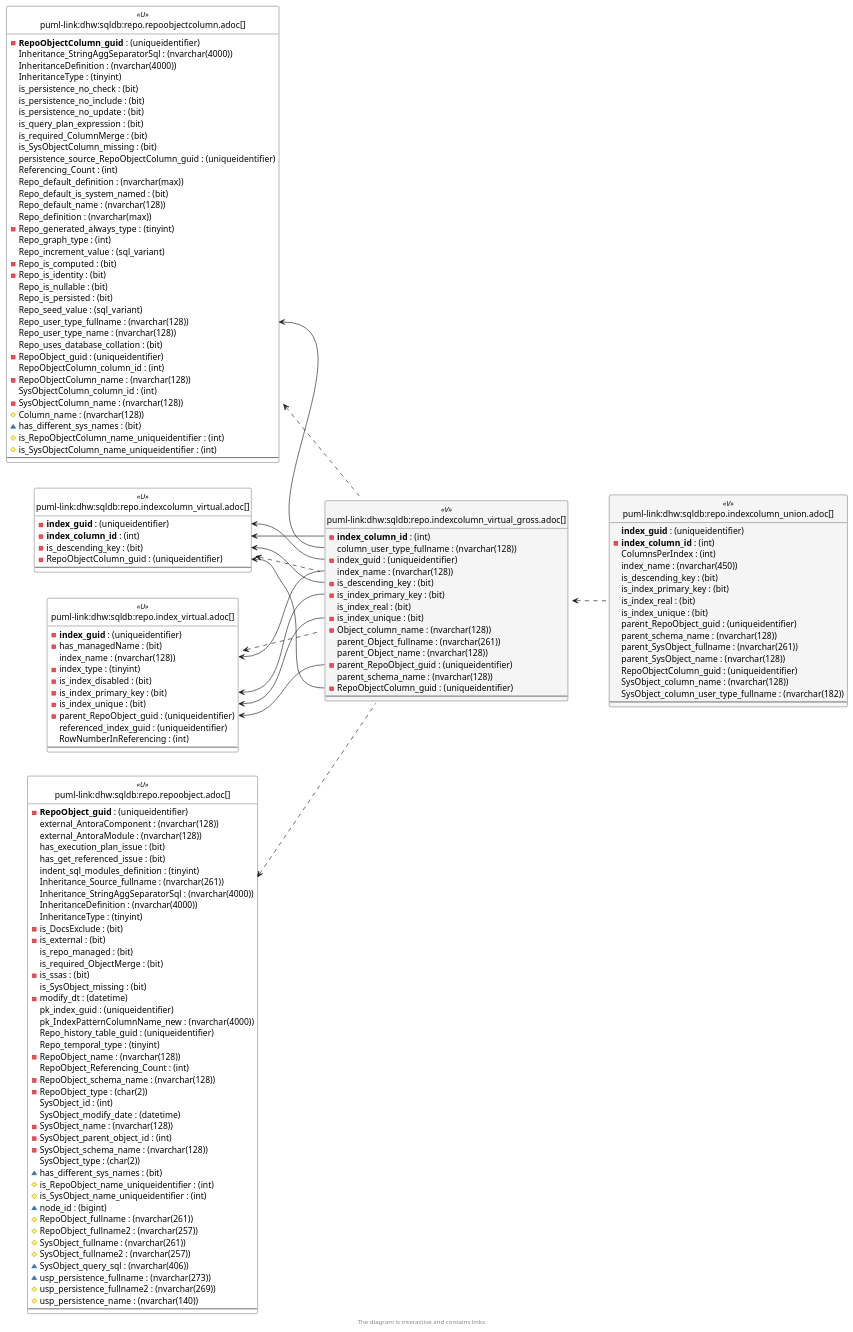
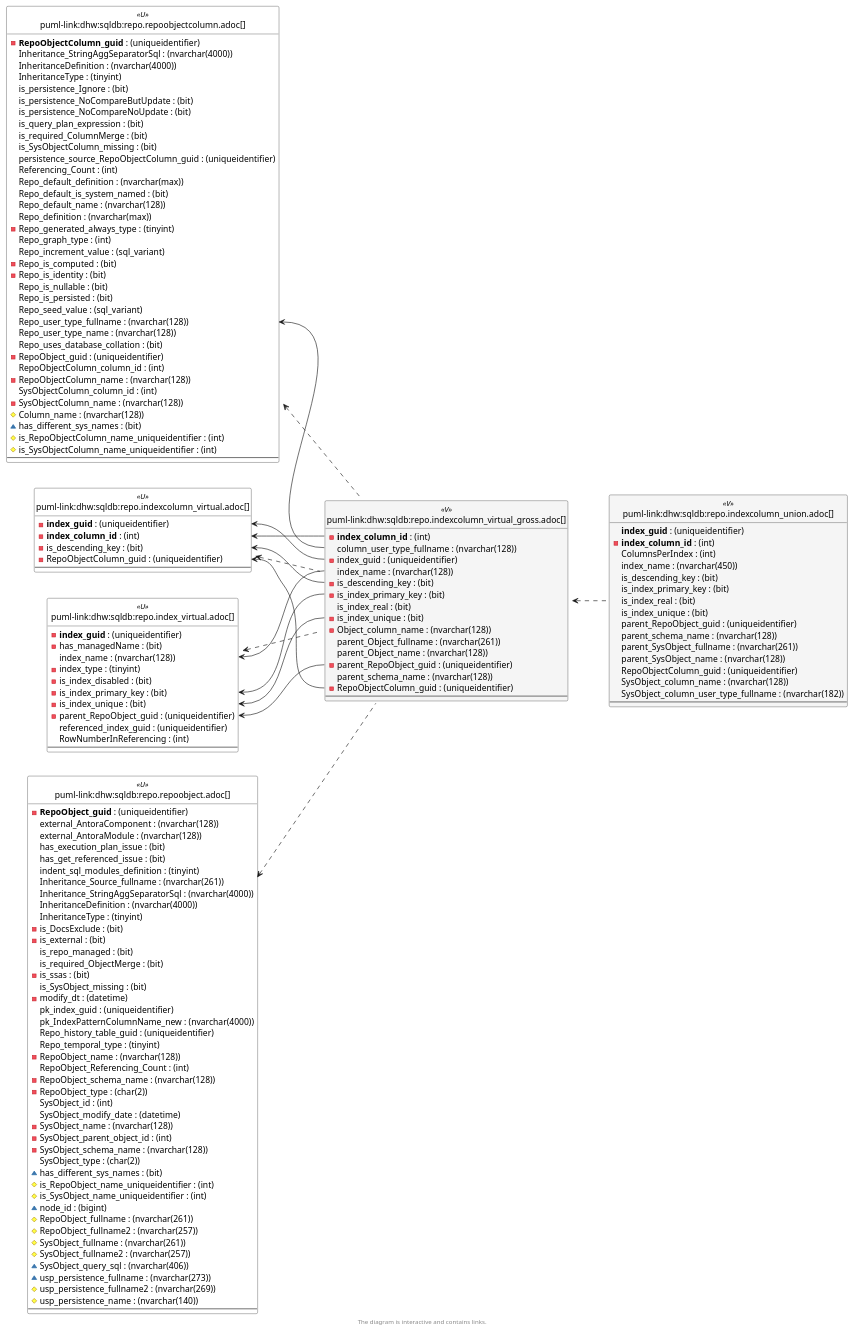
Before and after one commit to DataHandwerk/dhw-antora-sqldb: the sixth of 6 diagrams in docs/modules/sqldb/partials/content/repo.indexcolumn_virtual_gross.adoc, drawn with PlantUML. The commit also changed other lines of this file and 751 other files, not shown here.

```diff
--- a/docs/modules/sqldb/partials/content/repo.indexcolumn_virtual_gross.adoc
+++ b/docs/modules/sqldb/partials/content/repo.indexcolumn_virtual_gross.adoc
@@ -2114,9 +2115,9 @@
   Inheritance_StringAggSeparatorSql : (nvarchar(4000))
   InheritanceDefinition : (nvarchar(4000))
   InheritanceType : (tinyint)
-  is_persistence_no_check : (bit)
-  is_persistence_no_include : (bit)
-  is_persistence_no_update : (bit)
+  is_persistence_Ignore : (bit)
+  is_persistence_NoCompareButUpdate : (bit)
+  is_persistence_NoCompareNoUpdate : (bit)
   is_query_plan_expression : (bit)
   is_required_ColumnMerge : (bit)
   is_SysObjectColumn_missing : (bit)
```
